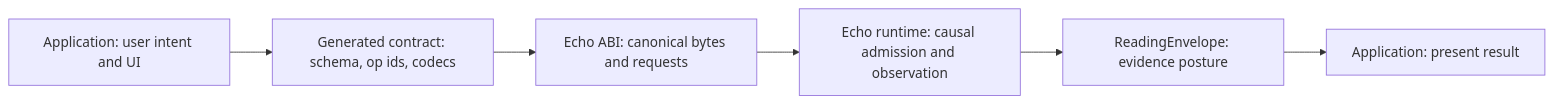
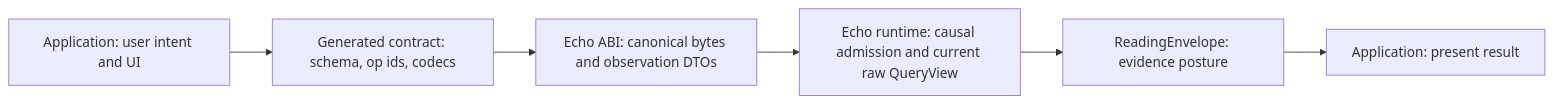
Before and after one commit to flyingrobots/echo: the eighth of 8 diagrams in docs/architecture/application-contract-hosting.md, drawn with Mermaid. The commit also changed other lines of this file and 11 other files, not shown here.

````diff
--- a/docs/architecture/application-contract-hosting.md
+++ b/docs/architecture/application-contract-hosting.md
@@ -555,15 +582,15 @@
 ```mermaid
 flowchart LR
     app["Application: user intent and UI"]
     gen["Generated contract: schema, op ids, codecs"]
-    abi["Echo ABI: canonical bytes and requests"]
-    runtime["Echo runtime: causal admission and observation"]
+    abi["Echo ABI: canonical bytes and observation DTOs"]
+    runtime["Echo runtime: causal admission and current raw QueryView"]
     reading["ReadingEnvelope: evidence posture"]
     app2["Application: present result"]
 
     app --> gen
     gen --> abi
     abi --> runtime
     runtime --> reading
     reading --> app2
 ```
````
